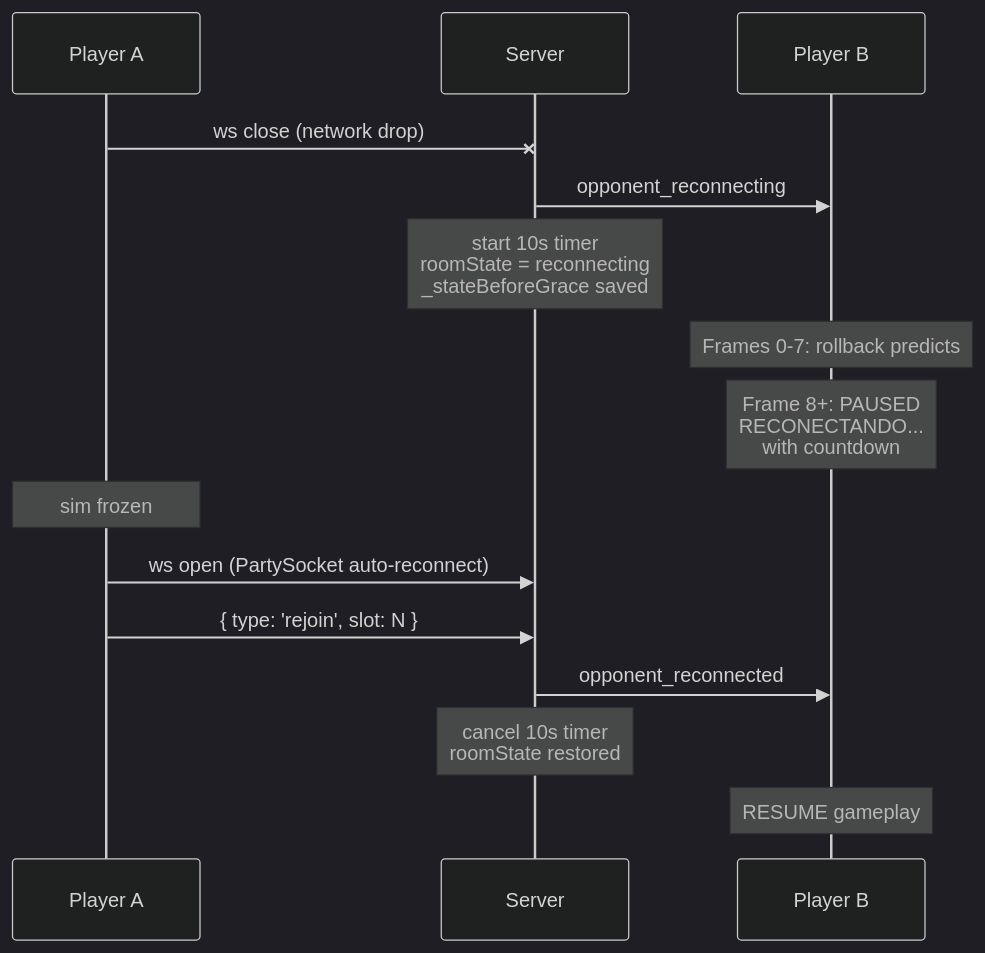
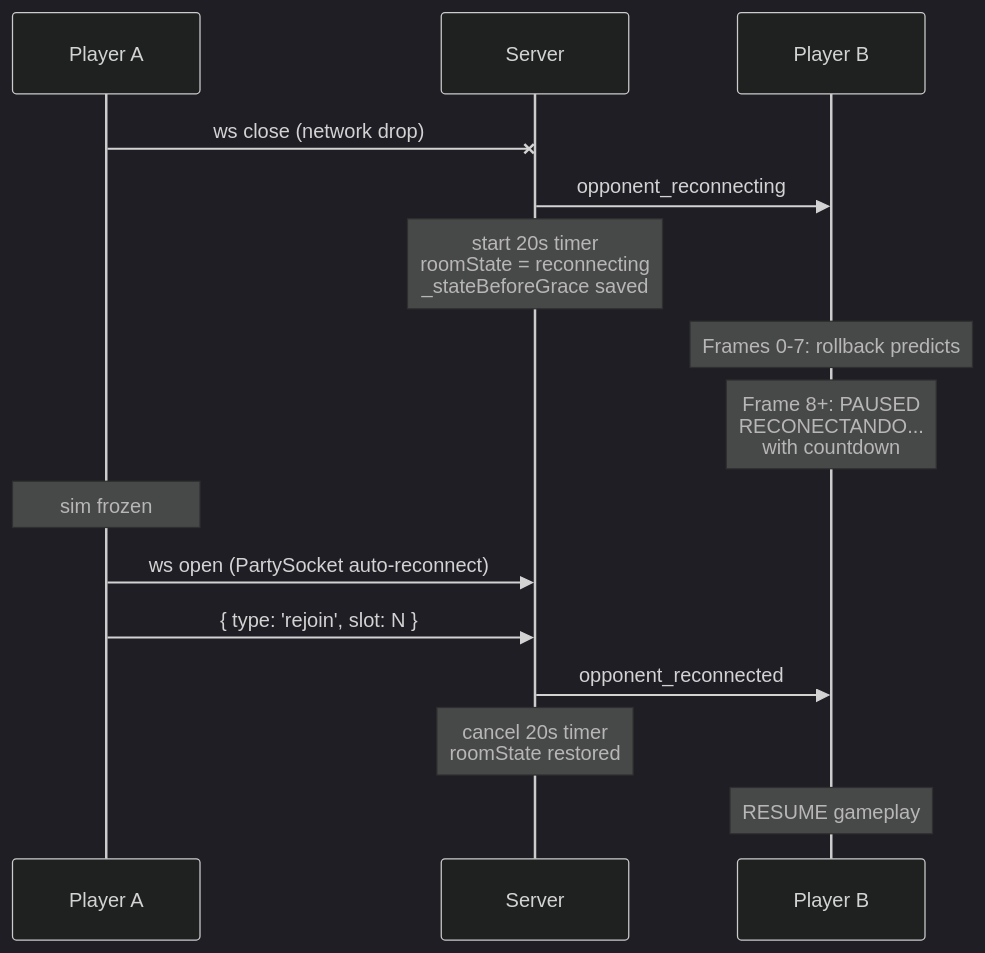
Before and after one commit to simon0191/a-los-traques: the second of 4 diagrams in docs/graceful-reconnection.md, drawn with Mermaid (dark theme). The commit also changed other lines of this file and 8 other files, not shown here.

````diff
--- a/docs/graceful-reconnection.md
+++ b/docs/graceful-reconnection.md
@@ -29,19 +29,19 @@
 ```mermaid
 sequenceDiagram
     participant A as Player A
     participant S as Server
     participant B as Player B
 
     A-xS: ws close (network drop)
     S->>B: opponent_reconnecting
-    Note over S: start 10s timer<br/>roomState = reconnecting<br/>_stateBeforeGrace saved
+    Note over S: start 20s timer<br/>roomState = reconnecting<br/>_stateBeforeGrace saved
     Note over B: Frames 0-7: rollback predicts
     Note over B: Frame 8+: PAUSED<br/>RECONECTANDO...<br/>with countdown
     Note over A: sim frozen
 
     A->>S: ws open (PartySocket auto-reconnect)
     A->>S: { type: 'rejoin', slot: N }
     S->>B: opponent_reconnected
-    Note over S: cancel 10s timer<br/>roomState restored
+    Note over S: cancel 20s timer<br/>roomState restored
     Note over B: RESUME gameplay
 ```
````
